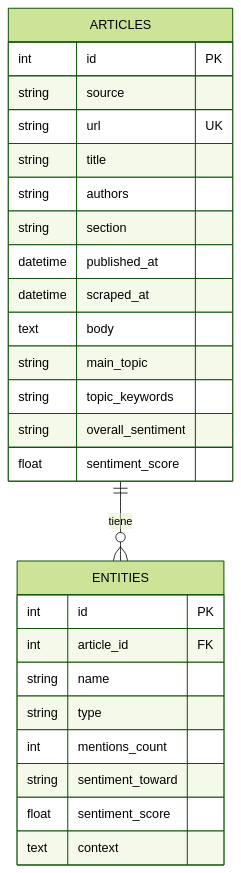
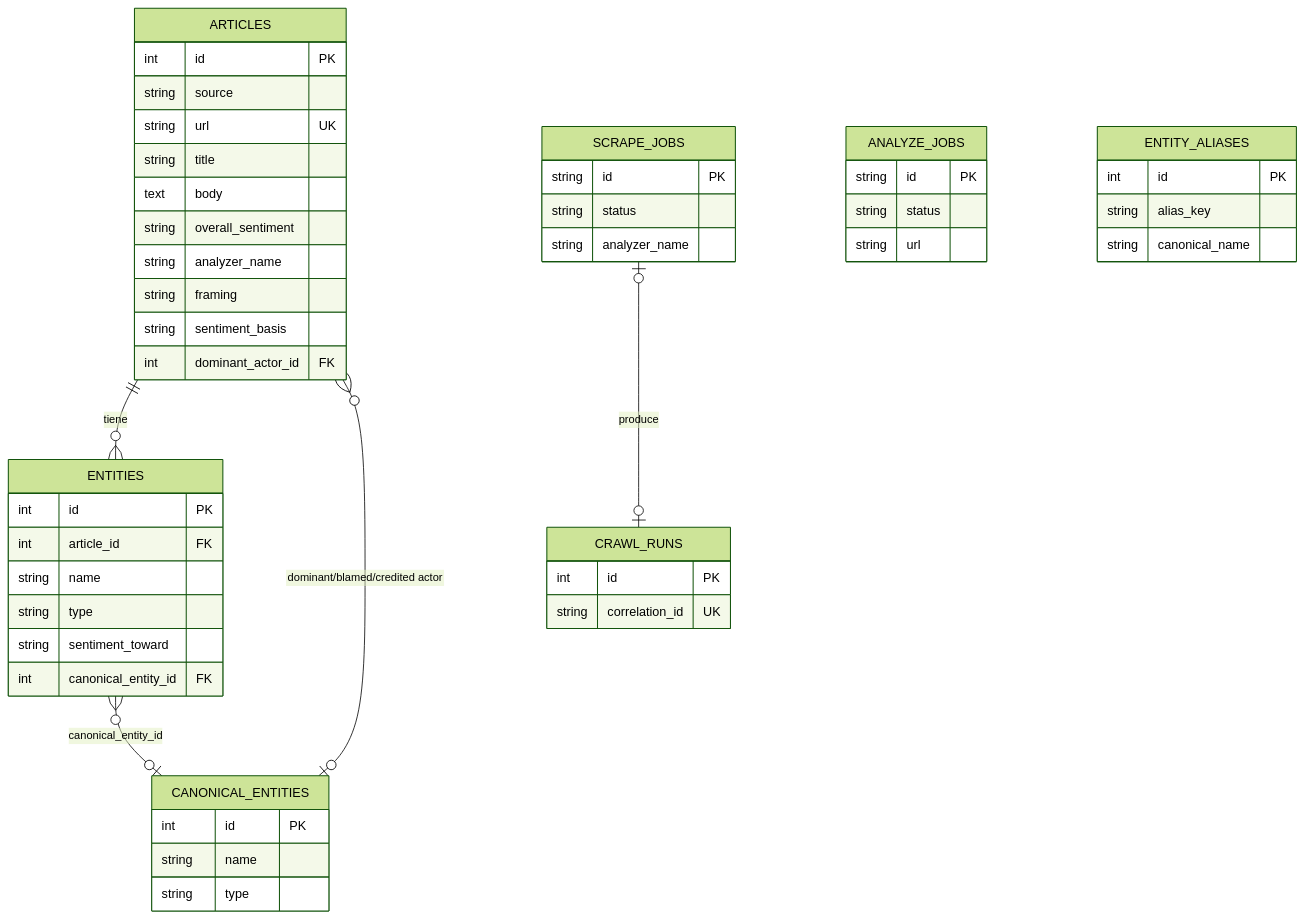
One commit to Jcazt21/ODIN changed the ninth of 10 diagrams in docs/PROCESOS.md. Above: the diagram before and after it, drawn with Mermaid (forest theme). The commit also changed other lines of this file and 12 other files, not shown here.

````diff
--- a/docs/PROCESOS.md
+++ b/docs/PROCESOS.md
@@ -258,29 +434,51 @@
 ```mermaid
 erDiagram
     ARTICLES ||--o{ ENTITIES : tiene
+    ARTICLES }o--o| CANONICAL_ENTITIES : "dominant/blamed/credited actor"
+    ENTITIES }o--o| CANONICAL_ENTITIES : "canonical_entity_id"
+    SCRAPE_JOBS |o--o| CRAWL_RUNS : produce
     ARTICLES {
         int id PK
         string source
         string url UK
         string title
-        string authors
-        string section
-        datetime published_at
-        datetime scraped_at
         text body
-        string main_topic
-        string topic_keywords
         string overall_sentiment
-        float sentiment_score
+        string analyzer_name
+        string framing
+        string sentiment_basis
+        int dominant_actor_id FK
     }
     ENTITIES {
         int id PK
         int article_id FK
         string name
         string type
-        int mentions_count
         string sentiment_toward
-        float sentiment_score
-        text context
+        int canonical_entity_id FK
+    }
+    CANONICAL_ENTITIES {
+        int id PK
+        string name
+        string type
+    }
+    ANALYZE_JOBS {
+        string id PK
+        string status
+        string url
+    }
+    SCRAPE_JOBS {
+        string id PK
+        string status
+        string analyzer_name
+    }
+    CRAWL_RUNS {
+        int id PK
+        string correlation_id UK
+    }
+    ENTITY_ALIASES {
+        int id PK
+        string alias_key
+        string canonical_name
     }
 ```
````
